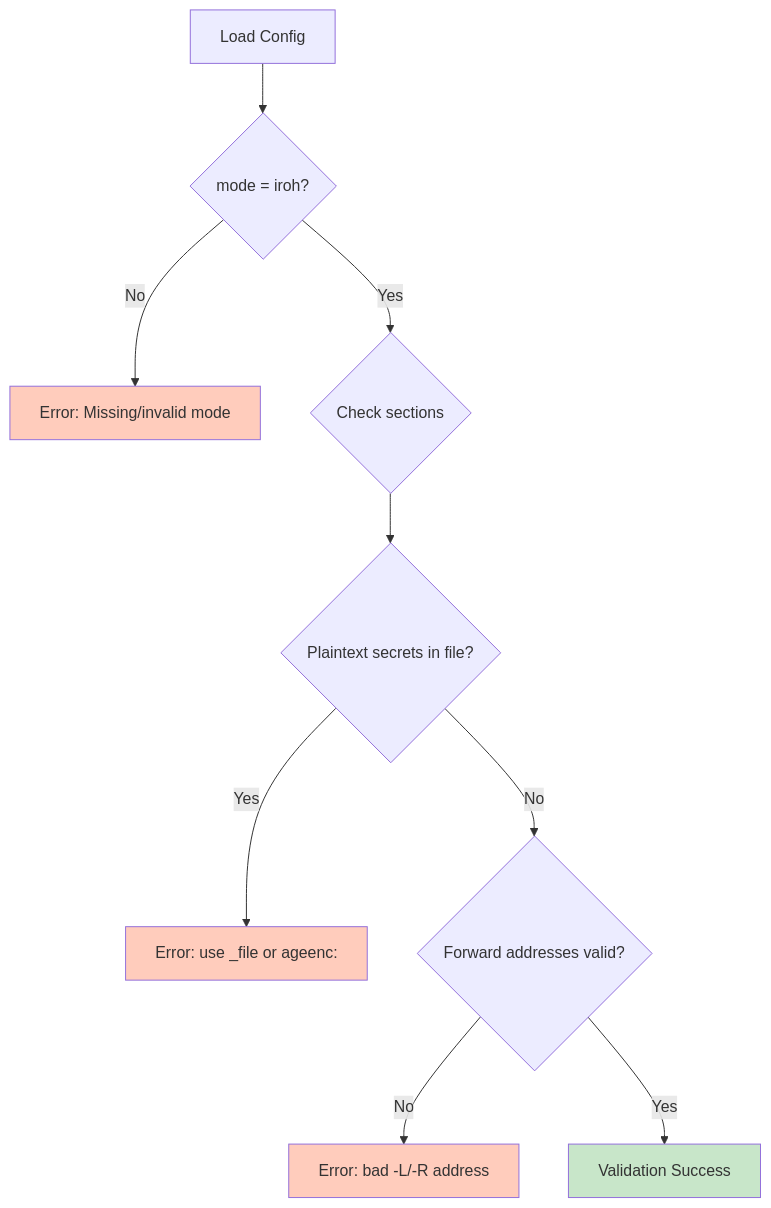
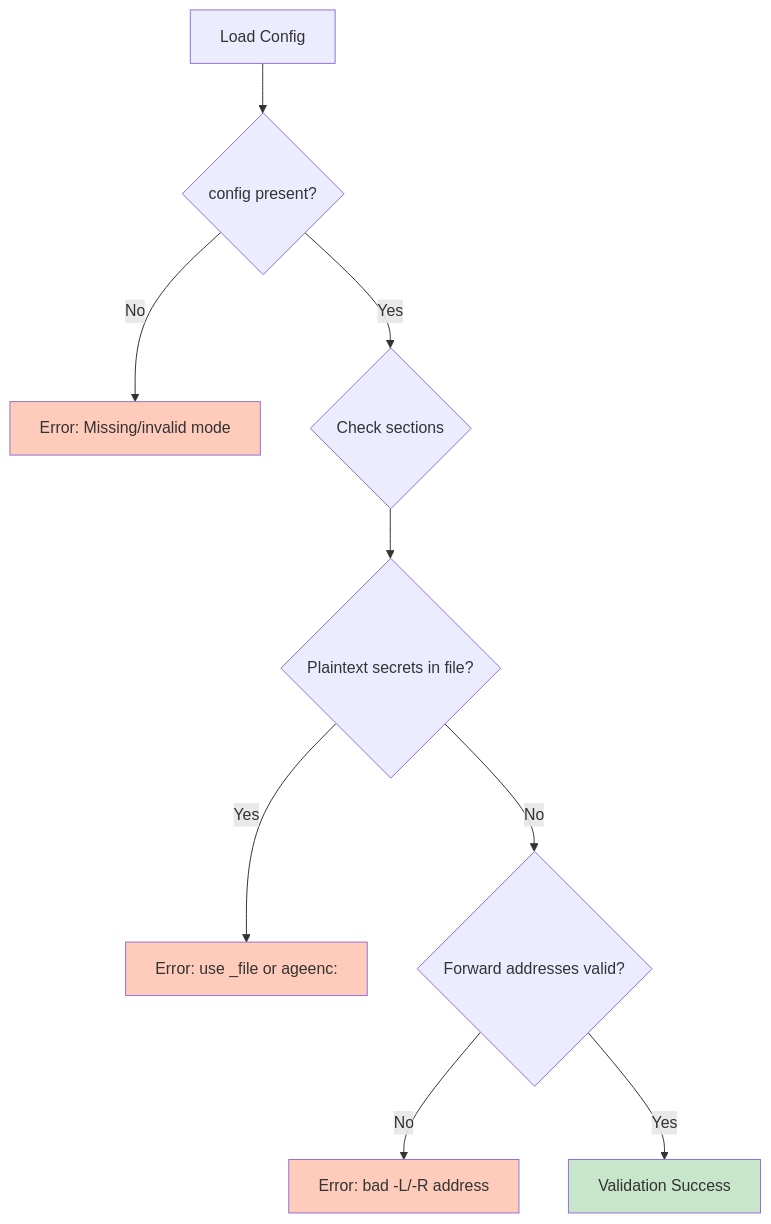
Diagram 15 of 25 in docs/ARCHITECTURE.md (andrewtheguy/duopipe), drawn with Mermaid before and after one commit. The commit also changed other lines of this file and 6 other files, not shown here.

````diff
--- a/docs/ARCHITECTURE.md
+++ b/docs/ARCHITECTURE.md
@@ -606,18 +597,18 @@
 ```mermaid
 graph TB
-    A[Load Config] --> B{mode = iroh?}
+    A[Load Config] --> B{config present?}
     B -->|No| C[Error: Missing/invalid mode]
     B -->|Yes| F{Check sections}
 
     F --> G{Plaintext secrets in file?}
     G -->|Yes| H[Error: use _file or ageenc:]
     G -->|No| I{Forward addresses valid?}
 
     I -->|No| J[Error: bad -L/-R address]
     I -->|Yes| K[Validation Success]
 
     style C fill:#FFCCBC
     style H fill:#FFCCBC
     style J fill:#FFCCBC
     style K fill:#C8E6C9
 ```
````
